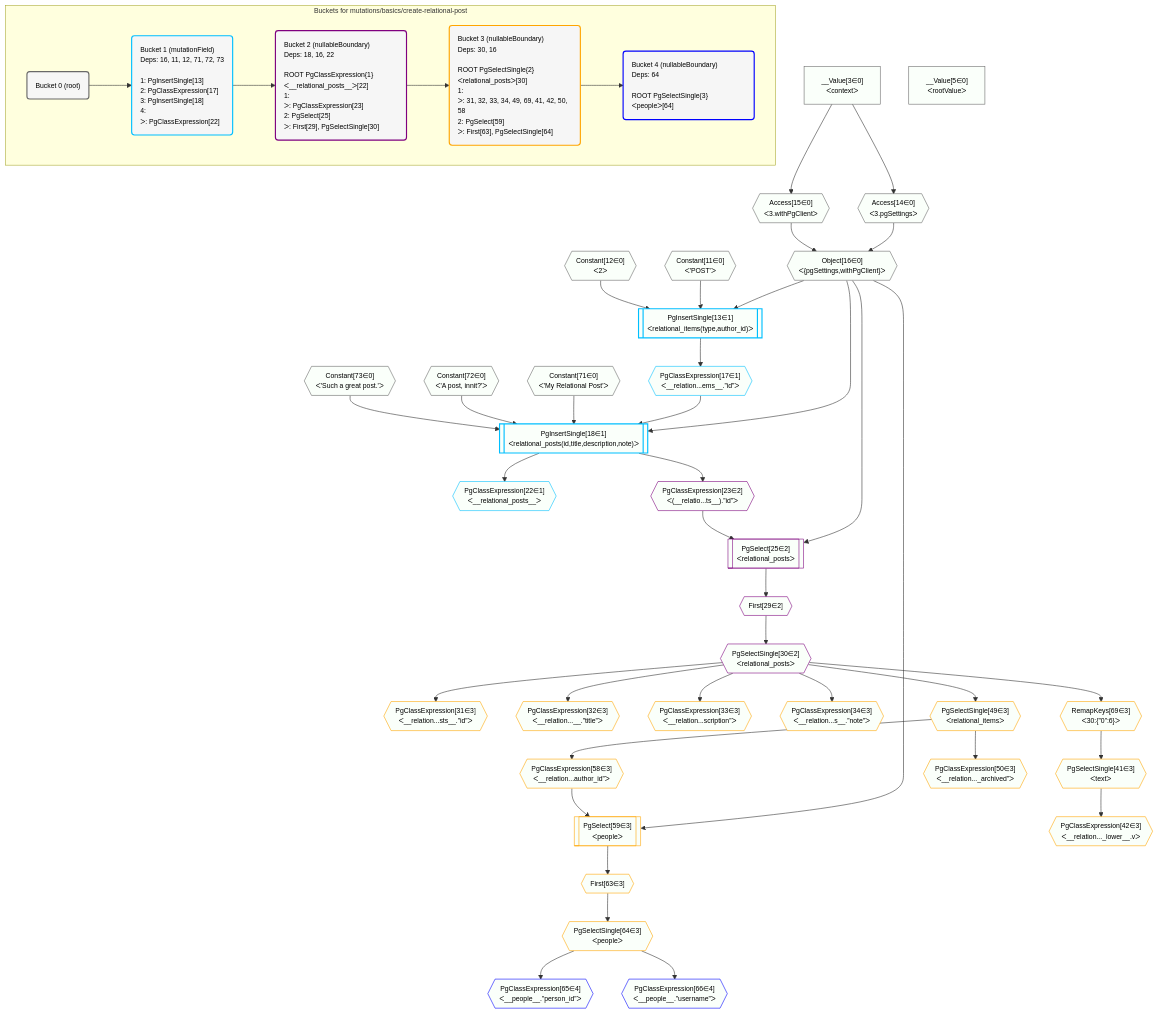
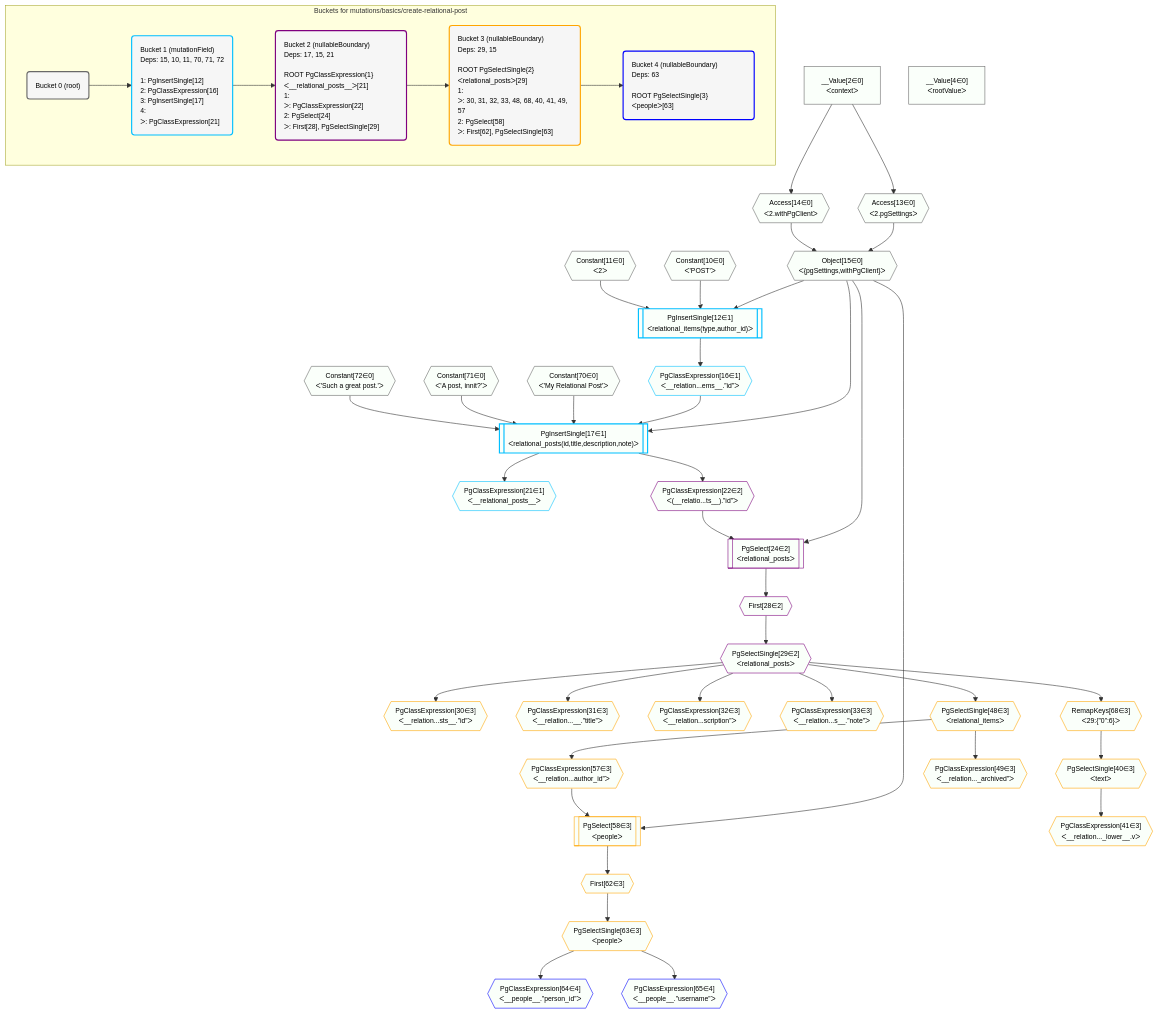
One commit to graphile/crystal changed the diagram in grafast/dataplan-pg/__tests__/mutations/basics/create-relational-post.deopt.mermaid. Above: the diagram before and after it, drawn with Mermaid. The commit also changed 338 other files, not shown here.

Commit message:
Renumber steps across all plan diagrams

```diff
--- a/grafast/dataplan-pg/__tests__/mutations/basics/create-relational-post.deopt.mermaid
+++ b/grafast/dataplan-pg/__tests__/mutations/basics/create-relational-post.deopt.mermaid
@@ -1,96 +1,96 @@
 %%{init: {'themeVariables': { 'fontSize': '12px'}}}%%
 graph TD
     classDef path fill:#eee,stroke:#000,color:#000
     classDef plan fill:#fff,stroke-width:1px,color:#000
     classDef itemplan fill:#fff,stroke-width:2px,color:#000
     classDef unbatchedplan fill:#dff,stroke-width:1px,color:#000
     classDef sideeffectplan fill:#fcc,stroke-width:2px,color:#000
     classDef bucket fill:#f6f6f6,color:#000,stroke-width:2px,text-align:left
 
 
     %% plan dependencies
-    Object16{{"Object[16∈0]<br />ᐸ{pgSettings,withPgClient}ᐳ"}}:::plan
-    Access14{{"Access[14∈0]<br />ᐸ3.pgSettingsᐳ"}}:::plan
-    Access15{{"Access[15∈0]<br />ᐸ3.withPgClientᐳ"}}:::plan
-    Access14 & Access15 --> Object16
-    __Value3["__Value[3∈0]<br />ᐸcontextᐳ"]:::plan
-    __Value3 --> Access14
-    __Value3 --> Access15
-    __Value5["__Value[5∈0]<br />ᐸrootValueᐳ"]:::plan
-    Constant11{{"Constant[11∈0]<br />ᐸ'POST'ᐳ"}}:::plan
-    Constant12{{"Constant[12∈0]<br />ᐸ2ᐳ"}}:::plan
-    Constant71{{"Constant[71∈0]<br />ᐸ'My Relational Post'ᐳ"}}:::plan
-    Constant72{{"Constant[72∈0]<br />ᐸ'A post, innit?'ᐳ"}}:::plan
-    Constant73{{"Constant[73∈0]<br />ᐸ'Such a great post.'ᐳ"}}:::plan
-    PgInsertSingle18[["PgInsertSingle[18∈1]<br />ᐸrelational_posts(id,title,description,note)ᐳ"]]:::sideeffectplan
-    PgClassExpression17{{"PgClassExpression[17∈1]<br />ᐸ__relation...ems__.”id”ᐳ"}}:::plan
-    Object16 & PgClassExpression17 & Constant71 & Constant72 & Constant73 --> PgInsertSingle18
-    PgInsertSingle13[["PgInsertSingle[13∈1]<br />ᐸrelational_items(type,author_id)ᐳ"]]:::sideeffectplan
-    Object16 & Constant11 & Constant12 --> PgInsertSingle13
-    PgInsertSingle13 --> PgClassExpression17
-    PgClassExpression22{{"PgClassExpression[22∈1]<br />ᐸ__relational_posts__ᐳ"}}:::plan
-    PgInsertSingle18 --> PgClassExpression22
-    PgSelect25[["PgSelect[25∈2]<br />ᐸrelational_postsᐳ"]]:::plan
-    PgClassExpression23{{"PgClassExpression[23∈2]<br />ᐸ(__relatio...ts__).”id”ᐳ"}}:::plan
-    Object16 & PgClassExpression23 --> PgSelect25
-    PgInsertSingle18 --> PgClassExpression23
-    First29{{"First[29∈2]"}}:::plan
-    PgSelect25 --> First29
-    PgSelectSingle30{{"PgSelectSingle[30∈2]<br />ᐸrelational_postsᐳ"}}:::plan
-    First29 --> PgSelectSingle30
-    PgSelect59[["PgSelect[59∈3]<br />ᐸpeopleᐳ"]]:::plan
-    PgClassExpression58{{"PgClassExpression[58∈3]<br />ᐸ__relation...author_id”ᐳ"}}:::plan
-    Object16 & PgClassExpression58 --> PgSelect59
-    PgClassExpression31{{"PgClassExpression[31∈3]<br />ᐸ__relation...sts__.”id”ᐳ"}}:::plan
-    PgSelectSingle30 --> PgClassExpression31
-    PgClassExpression32{{"PgClassExpression[32∈3]<br />ᐸ__relation...__.”title”ᐳ"}}:::plan
-    PgSelectSingle30 --> PgClassExpression32
-    PgClassExpression33{{"PgClassExpression[33∈3]<br />ᐸ__relation...scription”ᐳ"}}:::plan
-    PgSelectSingle30 --> PgClassExpression33
-    PgClassExpression34{{"PgClassExpression[34∈3]<br />ᐸ__relation...s__.”note”ᐳ"}}:::plan
-    PgSelectSingle30 --> PgClassExpression34
-    PgSelectSingle41{{"PgSelectSingle[41∈3]<br />ᐸtextᐳ"}}:::plan
-    RemapKeys69{{"RemapKeys[69∈3]<br />ᐸ30:{”0”:6}ᐳ"}}:::plan
-    RemapKeys69 --> PgSelectSingle41
-    PgClassExpression42{{"PgClassExpression[42∈3]<br />ᐸ__relation..._lower__.vᐳ"}}:::plan
-    PgSelectSingle41 --> PgClassExpression42
-    PgSelectSingle49{{"PgSelectSingle[49∈3]<br />ᐸrelational_itemsᐳ"}}:::plan
-    PgSelectSingle30 --> PgSelectSingle49
-    PgClassExpression50{{"PgClassExpression[50∈3]<br />ᐸ__relation..._archived”ᐳ"}}:::plan
-    PgSelectSingle49 --> PgClassExpression50
-    PgSelectSingle49 --> PgClassExpression58
-    First63{{"First[63∈3]"}}:::plan
-    PgSelect59 --> First63
-    PgSelectSingle64{{"PgSelectSingle[64∈3]<br />ᐸpeopleᐳ"}}:::plan
-    First63 --> PgSelectSingle64
-    PgSelectSingle30 --> RemapKeys69
-    PgClassExpression65{{"PgClassExpression[65∈4]<br />ᐸ__people__.”person_id”ᐳ"}}:::plan
-    PgSelectSingle64 --> PgClassExpression65
-    PgClassExpression66{{"PgClassExpression[66∈4]<br />ᐸ__people__.”username”ᐳ"}}:::plan
-    PgSelectSingle64 --> PgClassExpression66
+    Object15{{"Object[15∈0]<br />ᐸ{pgSettings,withPgClient}ᐳ"}}:::plan
+    Access13{{"Access[13∈0]<br />ᐸ2.pgSettingsᐳ"}}:::plan
+    Access14{{"Access[14∈0]<br />ᐸ2.withPgClientᐳ"}}:::plan
+    Access13 & Access14 --> Object15
+    __Value2["__Value[2∈0]<br />ᐸcontextᐳ"]:::plan
+    __Value2 --> Access13
+    __Value2 --> Access14
+    __Value4["__Value[4∈0]<br />ᐸrootValueᐳ"]:::plan
+    Constant10{{"Constant[10∈0]<br />ᐸ'POST'ᐳ"}}:::plan
+    Constant11{{"Constant[11∈0]<br />ᐸ2ᐳ"}}:::plan
+    Constant70{{"Constant[70∈0]<br />ᐸ'My Relational Post'ᐳ"}}:::plan
+    Constant71{{"Constant[71∈0]<br />ᐸ'A post, innit?'ᐳ"}}:::plan
+    Constant72{{"Constant[72∈0]<br />ᐸ'Such a great post.'ᐳ"}}:::plan
+    PgInsertSingle17[["PgInsertSingle[17∈1]<br />ᐸrelational_posts(id,title,description,note)ᐳ"]]:::sideeffectplan
+    PgClassExpression16{{"PgClassExpression[16∈1]<br />ᐸ__relation...ems__.”id”ᐳ"}}:::plan
+    Object15 & PgClassExpression16 & Constant70 & Constant71 & Constant72 --> PgInsertSingle17
+    PgInsertSingle12[["PgInsertSingle[12∈1]<br />ᐸrelational_items(type,author_id)ᐳ"]]:::sideeffectplan
+    Object15 & Constant10 & Constant11 --> PgInsertSingle12
+    PgInsertSingle12 --> PgClassExpression16
+    PgClassExpression21{{"PgClassExpression[21∈1]<br />ᐸ__relational_posts__ᐳ"}}:::plan
+    PgInsertSingle17 --> PgClassExpression21
+    PgSelect24[["PgSelect[24∈2]<br />ᐸrelational_postsᐳ"]]:::plan
+    PgClassExpression22{{"PgClassExpression[22∈2]<br />ᐸ(__relatio...ts__).”id”ᐳ"}}:::plan
+    Object15 & PgClassExpression22 --> PgSelect24
+    PgInsertSingle17 --> PgClassExpression22
+    First28{{"First[28∈2]"}}:::plan
+    PgSelect24 --> First28
+    PgSelectSingle29{{"PgSelectSingle[29∈2]<br />ᐸrelational_postsᐳ"}}:::plan
+    First28 --> PgSelectSingle29
+    PgSelect58[["PgSelect[58∈3]<br />ᐸpeopleᐳ"]]:::plan
+    PgClassExpression57{{"PgClassExpression[57∈3]<br />ᐸ__relation...author_id”ᐳ"}}:::plan
+    Object15 & PgClassExpression57 --> PgSelect58
+    PgClassExpression30{{"PgClassExpression[30∈3]<br />ᐸ__relation...sts__.”id”ᐳ"}}:::plan
+    PgSelectSingle29 --> PgClassExpression30
+    PgClassExpression31{{"PgClassExpression[31∈3]<br />ᐸ__relation...__.”title”ᐳ"}}:::plan
+    PgSelectSingle29 --> PgClassExpression31
+    PgClassExpression32{{"PgClassExpression[32∈3]<br />ᐸ__relation...scription”ᐳ"}}:::plan
+    PgSelectSingle29 --> PgClassExpression32
+    PgClassExpression33{{"PgClassExpression[33∈3]<br />ᐸ__relation...s__.”note”ᐳ"}}:::plan
+    PgSelectSingle29 --> PgClassExpression33
+    PgSelectSingle40{{"PgSelectSingle[40∈3]<br />ᐸtextᐳ"}}:::plan
+    RemapKeys68{{"RemapKeys[68∈3]<br />ᐸ29:{”0”:6}ᐳ"}}:::plan
+    RemapKeys68 --> PgSelectSingle40
+    PgClassExpression41{{"PgClassExpression[41∈3]<br />ᐸ__relation..._lower__.vᐳ"}}:::plan
+    PgSelectSingle40 --> PgClassExpression41
+    PgSelectSingle48{{"PgSelectSingle[48∈3]<br />ᐸrelational_itemsᐳ"}}:::plan
+    PgSelectSingle29 --> PgSelectSingle48
+    PgClassExpression49{{"PgClassExpression[49∈3]<br />ᐸ__relation..._archived”ᐳ"}}:::plan
+    PgSelectSingle48 --> PgClassExpression49
+    PgSelectSingle48 --> PgClassExpression57
+    First62{{"First[62∈3]"}}:::plan
+    PgSelect58 --> First62
+    PgSelectSingle63{{"PgSelectSingle[63∈3]<br />ᐸpeopleᐳ"}}:::plan
+    First62 --> PgSelectSingle63
+    PgSelectSingle29 --> RemapKeys68
+    PgClassExpression64{{"PgClassExpression[64∈4]<br />ᐸ__people__.”person_id”ᐳ"}}:::plan
+    PgSelectSingle63 --> PgClassExpression64
+    PgClassExpression65{{"PgClassExpression[65∈4]<br />ᐸ__people__.”username”ᐳ"}}:::plan
+    PgSelectSingle63 --> PgClassExpression65
 
     %% define steps
 
     subgraph "Buckets for mutations/basics/create-relational-post"
     Bucket0("Bucket 0 (root)"):::bucket
     classDef bucket0 stroke:#696969
-    class Bucket0,__Value3,__Value5,Constant11,Constant12,Access14,Access15,Object16,Constant71,Constant72,Constant73 bucket0
-    Bucket1("Bucket 1 (mutationField)<br />Deps: 16, 11, 12, 71, 72, 73<br /><br />1: PgInsertSingle[13]<br />2: PgClassExpression[17]<br />3: PgInsertSingle[18]<br />4: <br />ᐳ: PgClassExpression[22]"):::bucket
+    class Bucket0,__Value2,__Value4,Constant10,Constant11,Access13,Access14,Object15,Constant70,Constant71,Constant72 bucket0
+    Bucket1("Bucket 1 (mutationField)<br />Deps: 15, 10, 11, 70, 71, 72<br /><br />1: PgInsertSingle[12]<br />2: PgClassExpression[16]<br />3: PgInsertSingle[17]<br />4: <br />ᐳ: PgClassExpression[21]"):::bucket
     classDef bucket1 stroke:#00bfff
-    class Bucket1,PgInsertSingle13,PgClassExpression17,PgInsertSingle18,PgClassExpression22 bucket1
-    Bucket2("Bucket 2 (nullableBoundary)<br />Deps: 18, 16, 22<br /><br />ROOT PgClassExpression{1}ᐸ__relational_posts__ᐳ[22]<br />1: <br />ᐳ: PgClassExpression[23]<br />2: PgSelect[25]<br />ᐳ: First[29], PgSelectSingle[30]"):::bucket
+    class Bucket1,PgInsertSingle12,PgClassExpression16,PgInsertSingle17,PgClassExpression21 bucket1
+    Bucket2("Bucket 2 (nullableBoundary)<br />Deps: 17, 15, 21<br /><br />ROOT PgClassExpression{1}ᐸ__relational_posts__ᐳ[21]<br />1: <br />ᐳ: PgClassExpression[22]<br />2: PgSelect[24]<br />ᐳ: First[28], PgSelectSingle[29]"):::bucket
     classDef bucket2 stroke:#7f007f
-    class Bucket2,PgClassExpression23,PgSelect25,First29,PgSelectSingle30 bucket2
-    Bucket3("Bucket 3 (nullableBoundary)<br />Deps: 30, 16<br /><br />ROOT PgSelectSingle{2}ᐸrelational_postsᐳ[30]<br />1: <br />ᐳ: 31, 32, 33, 34, 49, 69, 41, 42, 50, 58<br />2: PgSelect[59]<br />ᐳ: First[63], PgSelectSingle[64]"):::bucket
+    class Bucket2,PgClassExpression22,PgSelect24,First28,PgSelectSingle29 bucket2
+    Bucket3("Bucket 3 (nullableBoundary)<br />Deps: 29, 15<br /><br />ROOT PgSelectSingle{2}ᐸrelational_postsᐳ[29]<br />1: <br />ᐳ: 30, 31, 32, 33, 48, 68, 40, 41, 49, 57<br />2: PgSelect[58]<br />ᐳ: First[62], PgSelectSingle[63]"):::bucket
     classDef bucket3 stroke:#ffa500
-    class Bucket3,PgClassExpression31,PgClassExpression32,PgClassExpression33,PgClassExpression34,PgSelectSingle41,PgClassExpression42,PgSelectSingle49,PgClassExpression50,PgClassExpression58,PgSelect59,First63,PgSelectSingle64,RemapKeys69 bucket3
-    Bucket4("Bucket 4 (nullableBoundary)<br />Deps: 64<br /><br />ROOT PgSelectSingle{3}ᐸpeopleᐳ[64]"):::bucket
+    class Bucket3,PgClassExpression30,PgClassExpression31,PgClassExpression32,PgClassExpression33,PgSelectSingle40,PgClassExpression41,PgSelectSingle48,PgClassExpression49,PgClassExpression57,PgSelect58,First62,PgSelectSingle63,RemapKeys68 bucket3
+    Bucket4("Bucket 4 (nullableBoundary)<br />Deps: 63<br /><br />ROOT PgSelectSingle{3}ᐸpeopleᐳ[63]"):::bucket
     classDef bucket4 stroke:#0000ff
-    class Bucket4,PgClassExpression65,PgClassExpression66 bucket4
+    class Bucket4,PgClassExpression64,PgClassExpression65 bucket4
     Bucket0 --> Bucket1
     Bucket1 --> Bucket2
     Bucket2 --> Bucket3
     Bucket3 --> Bucket4
     classDef unary fill:#fafffa,borderWidth:8px
-    class Object16,Access14,Access15,__Value3,__Value5,Constant11,Constant12,Constant71,Constant72,Constant73,PgInsertSingle18,PgInsertSingle13,PgClassExpression17,PgClassExpression22,PgSelect25,PgClassExpression23,First29,PgSelectSingle30,PgSelect59,PgClassExpression31,PgClassExpression32,PgClassExpression33,PgClassExpression34,PgSelectSingle41,PgClassExpression42,PgSelectSingle49,PgClassExpression50,PgClassExpression58,First63,PgSelectSingle64,RemapKeys69,PgClassExpression65,PgClassExpression66 unary
+    class Object15,Access13,Access14,__Value2,__Value4,Constant10,Constant11,Constant70,Constant71,Constant72,PgInsertSingle17,PgInsertSingle12,PgClassExpression16,PgClassExpression21,PgSelect24,PgClassExpression22,First28,PgSelectSingle29,PgSelect58,PgClassExpression30,PgClassExpression31,PgClassExpression32,PgClassExpression33,PgSelectSingle40,PgClassExpression41,PgSelectSingle48,PgClassExpression49,PgClassExpression57,First62,PgSelectSingle63,RemapKeys68,PgClassExpression64,PgClassExpression65 unary
     end
```
